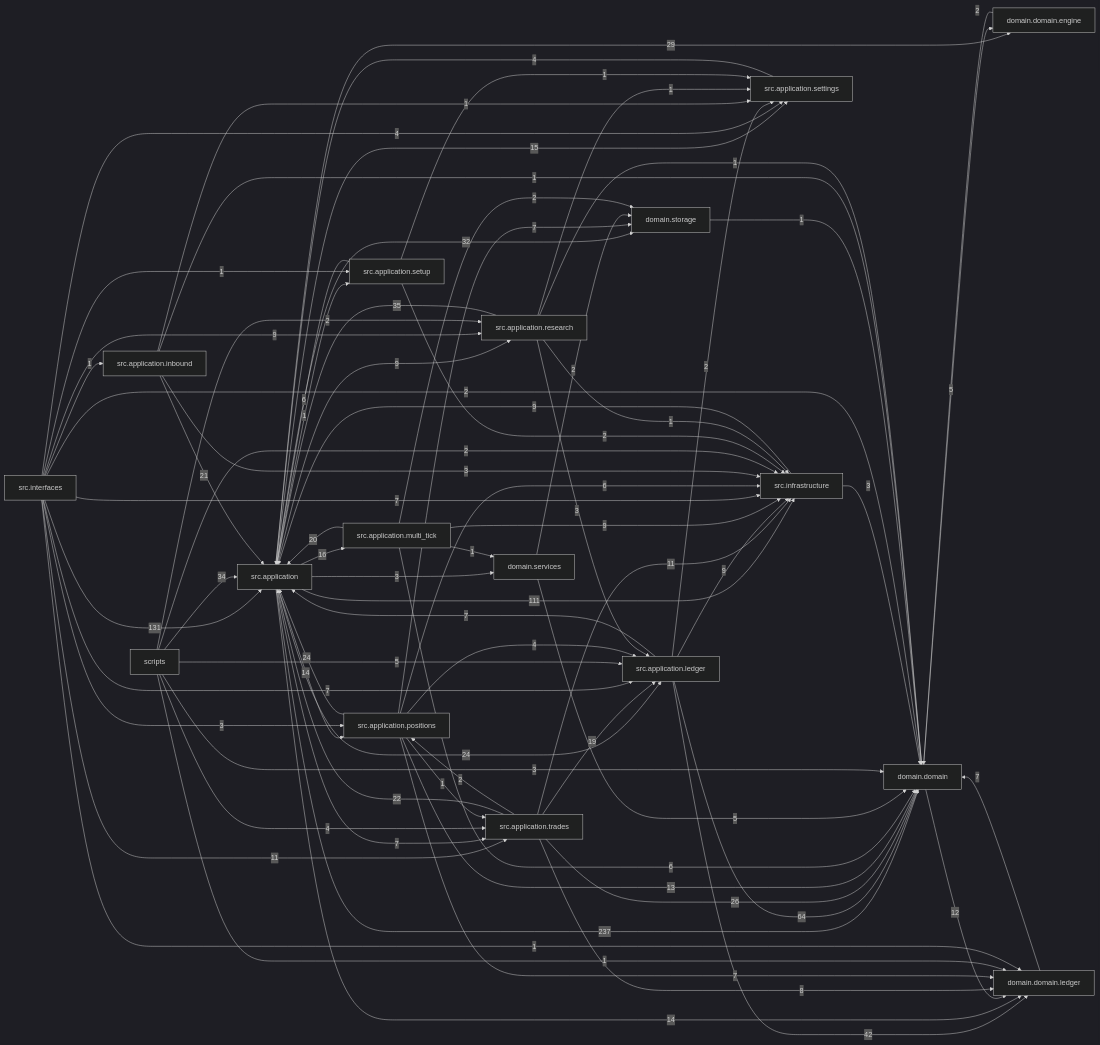
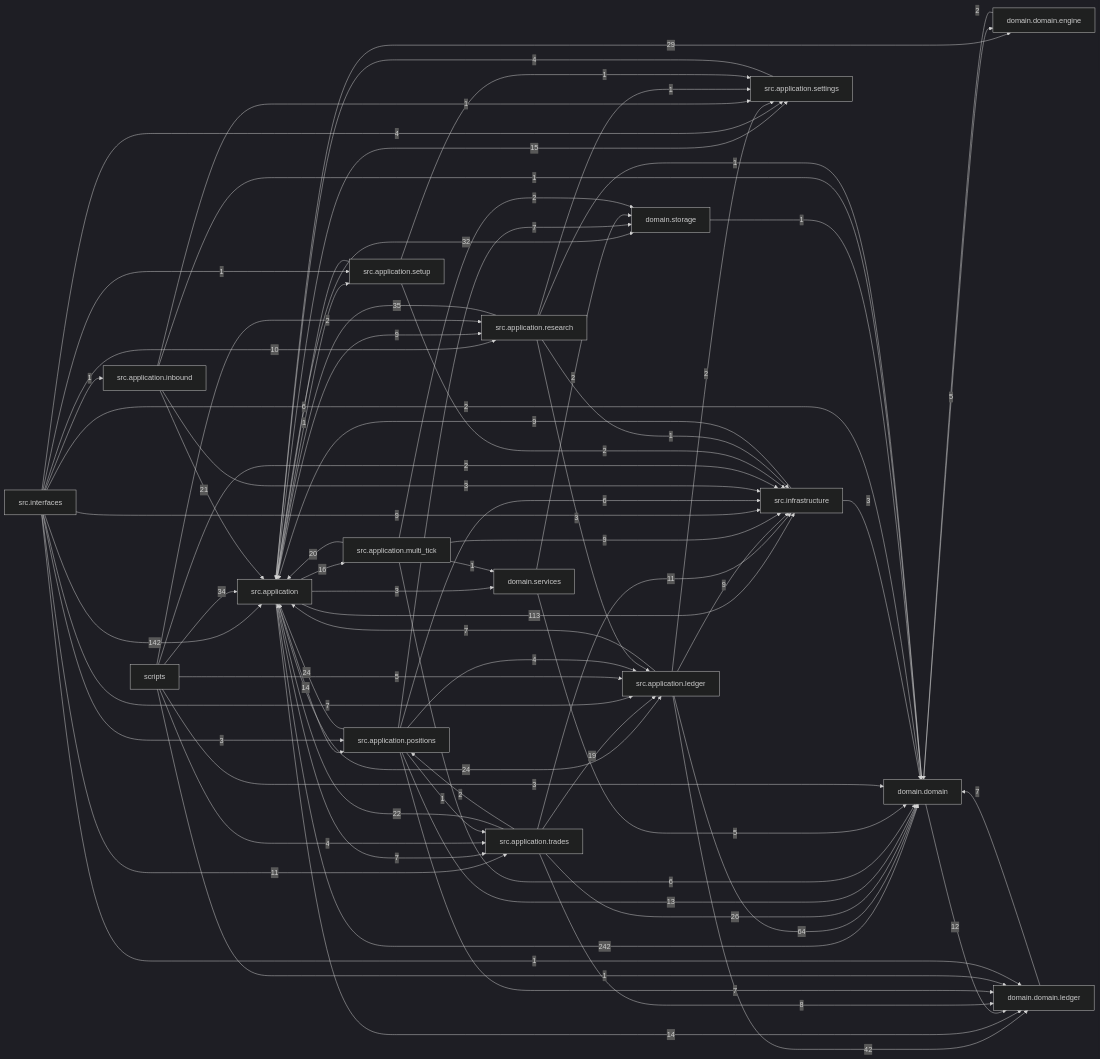
Before and after one commit to liuxie066/options-monitor: the diagram in docs/dependency_graph.mmd, drawn with Mermaid (dark theme). The commit also changed 45 other files, not shown here.

```diff
--- a/docs/dependency_graph.mmd
+++ b/docs/dependency_graph.mmd
@@ -1,77 +1,77 @@
 flowchart LR
-  src_application["src.application"] -->|237| domain_domain["domain.domain"]
-  src_interfaces["src.interfaces"] -->|131| src_application["src.application"]
-  src_application["src.application"] -->|111| src_infrastructure["src.infrastructure"]
+  src_application["src.application"] -->|242| domain_domain["domain.domain"]
+  src_interfaces["src.interfaces"] -->|142| src_application["src.application"]
+  src_application["src.application"] -->|113| src_infrastructure["src.infrastructure"]
   src_application_ledger["src.application.ledger"] -->|64| domain_domain["domain.domain"]
   src_application_ledger["src.application.ledger"] -->|42| domain_domain_ledger["domain.domain.ledger"]
   src_application_research["src.application.research"] -->|35| src_application["src.application"]
   scripts["scripts"] -->|34| src_application["src.application"]
   src_application["src.application"] -->|32| domain_storage["domain.storage"]
   src_application["src.application"] -->|29| domain_domain_engine["domain.domain.engine"]
   src_application_trades["src.application.trades"] -->|26| domain_domain["domain.domain"]
   src_application["src.application"] -->|24| src_application_ledger["src.application.ledger"]
   src_application_positions["src.application.positions"] -->|24| src_application["src.application"]
   src_application_trades["src.application.trades"] -->|22| src_application["src.application"]
   src_application_inbound["src.application.inbound"] -->|21| src_application["src.application"]
   src_application_multi_tick["src.application.multi_tick"] -->|20| src_application["src.application"]
   src_application_trades["src.application.trades"] -->|19| src_application_ledger["src.application.ledger"]
   src_application["src.application"] -->|16| src_application_multi_tick["src.application.multi_tick"]
   src_application["src.application"] -->|15| src_application_settings["src.application.settings"]
   src_application["src.application"] -->|14| domain_domain_ledger["domain.domain.ledger"]
   src_application["src.application"] -->|14| src_application_positions["src.application.positions"]
   src_application_positions["src.application.positions"] -->|13| domain_domain["domain.domain"]
   domain_domain["domain.domain"] -->|12| domain_domain_ledger["domain.domain.ledger"]
   src_application_trades["src.application.trades"] -->|11| src_infrastructure["src.infrastructure"]
   src_interfaces["src.interfaces"] -->|11| src_application_trades["src.application.trades"]
+  src_interfaces["src.interfaces"] -->|10| src_application_research["src.application.research"]
   src_application["src.application"] -->|9| src_application_research["src.application.research"]
   src_application_ledger["src.application.ledger"] -->|9| src_infrastructure["src.infrastructure"]
   src_application_multi_tick["src.application.multi_tick"] -->|9| src_infrastructure["src.infrastructure"]
   src_infrastructure["src.infrastructure"] -->|9| src_application["src.application"]
-  src_interfaces["src.interfaces"] -->|9| src_application_research["src.application.research"]
+  src_interfaces["src.interfaces"] -->|9| src_infrastructure["src.infrastructure"]
   src_application_trades["src.application.trades"] -->|8| domain_domain_ledger["domain.domain.ledger"]
   domain_domain_ledger["domain.domain.ledger"] -->|7| domain_domain["domain.domain"]
   src_application["src.application"] -->|7| src_application_trades["src.application.trades"]
   src_application_ledger["src.application.ledger"] -->|7| src_application["src.application"]
   src_application_positions["src.application.positions"] -->|7| domain_domain_ledger["domain.domain.ledger"]
   src_application_positions["src.application.positions"] -->|7| domain_storage["domain.storage"]
   src_interfaces["src.interfaces"] -->|7| src_application_ledger["src.application.ledger"]
-  src_interfaces["src.interfaces"] -->|7| src_infrastructure["src.infrastructure"]
   src_application_multi_tick["src.application.multi_tick"] -->|6| domain_domain["domain.domain"]
   src_application_positions["src.application.positions"] -->|6| src_infrastructure["src.infrastructure"]
   src_application_setup["src.application.setup"] -->|6| src_application["src.application"]
   domain_domain["domain.domain"] -->|5| domain_domain_engine["domain.domain.engine"]
   domain_services["domain.services"] -->|5| domain_domain["domain.domain"]
   scripts["scripts"] -->|5| src_application_ledger["src.application.ledger"]
   scripts["scripts"] -->|4| src_application_trades["src.application.trades"]
   src_application_positions["src.application.positions"] -->|4| src_application_ledger["src.application.ledger"]
   src_application_settings["src.application.settings"] -->|4| src_application["src.application"]
   src_interfaces["src.interfaces"] -->|4| src_application_settings["src.application.settings"]
   scripts["scripts"] -->|3| domain_domain["domain.domain"]
   src_application["src.application"] -->|3| domain_services["domain.services"]
   src_application_inbound["src.application.inbound"] -->|3| src_infrastructure["src.infrastructure"]
   src_application_research["src.application.research"] -->|3| src_application_ledger["src.application.ledger"]
   src_infrastructure["src.infrastructure"] -->|3| domain_domain["domain.domain"]
   src_interfaces["src.interfaces"] -->|3| src_application_positions["src.application.positions"]
   domain_domain_engine["domain.domain.engine"] -->|2| domain_domain["domain.domain"]
   domain_services["domain.services"] -->|2| domain_storage["domain.storage"]
   scripts["scripts"] -->|2| src_application_research["src.application.research"]
   scripts["scripts"] -->|2| src_infrastructure["src.infrastructure"]
   src_application_ledger["src.application.ledger"] -->|2| src_application_settings["src.application.settings"]
   src_application_multi_tick["src.application.multi_tick"] -->|2| domain_storage["domain.storage"]
   src_application_setup["src.application.setup"] -->|2| src_infrastructure["src.infrastructure"]
   src_application_trades["src.application.trades"] -->|2| src_application_positions["src.application.positions"]
   src_interfaces["src.interfaces"] -->|2| domain_domain["domain.domain"]
   domain_storage["domain.storage"] -->|1| domain_domain["domain.domain"]
   scripts["scripts"] -->|1| domain_domain_ledger["domain.domain.ledger"]
   src_application["src.application"] -->|1| src_application_setup["src.application.setup"]
   src_application_inbound["src.application.inbound"] -->|1| domain_domain["domain.domain"]
   src_application_inbound["src.application.inbound"] -->|1| src_application_settings["src.application.settings"]
   src_application_multi_tick["src.application.multi_tick"] -->|1| domain_services["domain.services"]
   src_application_positions["src.application.positions"] -->|1| src_application_trades["src.application.trades"]
   src_application_research["src.application.research"] -->|1| domain_domain["domain.domain"]
   src_application_research["src.application.research"] -->|1| src_application_settings["src.application.settings"]
   src_application_research["src.application.research"] -->|1| src_infrastructure["src.infrastructure"]
   src_application_setup["src.application.setup"] -->|1| src_application_settings["src.application.settings"]
   src_interfaces["src.interfaces"] -->|1| domain_domain_ledger["domain.domain.ledger"]
   src_interfaces["src.interfaces"] -->|1| src_application_inbound["src.application.inbound"]
   src_interfaces["src.interfaces"] -->|1| src_application_setup["src.application.setup"]
```
